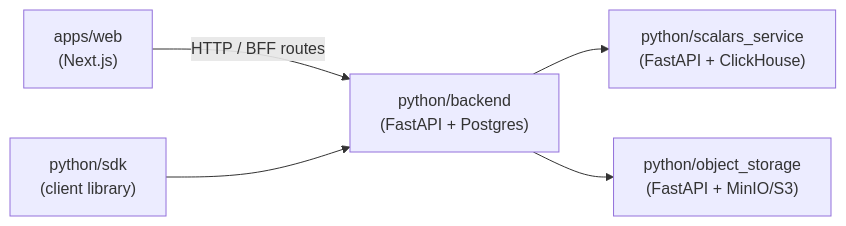
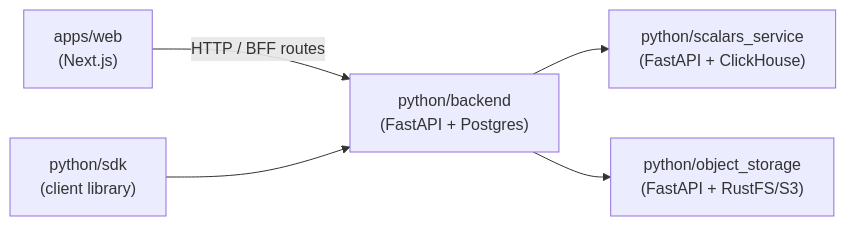
The first of 3 diagrams in AGENTS.md (MalchuL/experiment_tracker), drawn with Mermaid before and after one commit. The commit also changed other lines of this file and 36 other files, not shown here.

First line of the commit message:
Switch object storage from MinIO to RustFS

````diff
--- a/AGENTS.md
+++ b/AGENTS.md
@@ -9,13 +9,13 @@
 ```mermaid
 flowchart LR
   Web["apps/web\n(Next.js)"]
   API["python/backend\n(FastAPI + Postgres)"]
   Scalars["python/scalars_service\n(FastAPI + ClickHouse)"]
-  Blobs["python/object_storage\n(FastAPI + MinIO/S3)"]
+  Blobs["python/object_storage\n(FastAPI + RustFS/S3)"]
   SDK["python/sdk\n(client library)"]
 
   Web -->|"HTTP / BFF routes"| API
   API --> Scalars
   API --> Blobs
   SDK --> API
 ```
````
